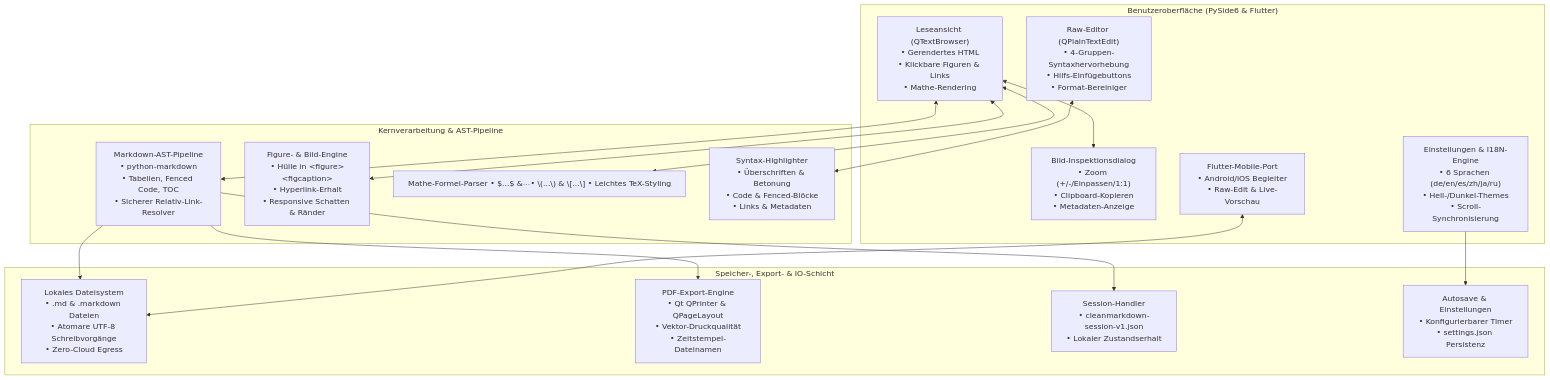
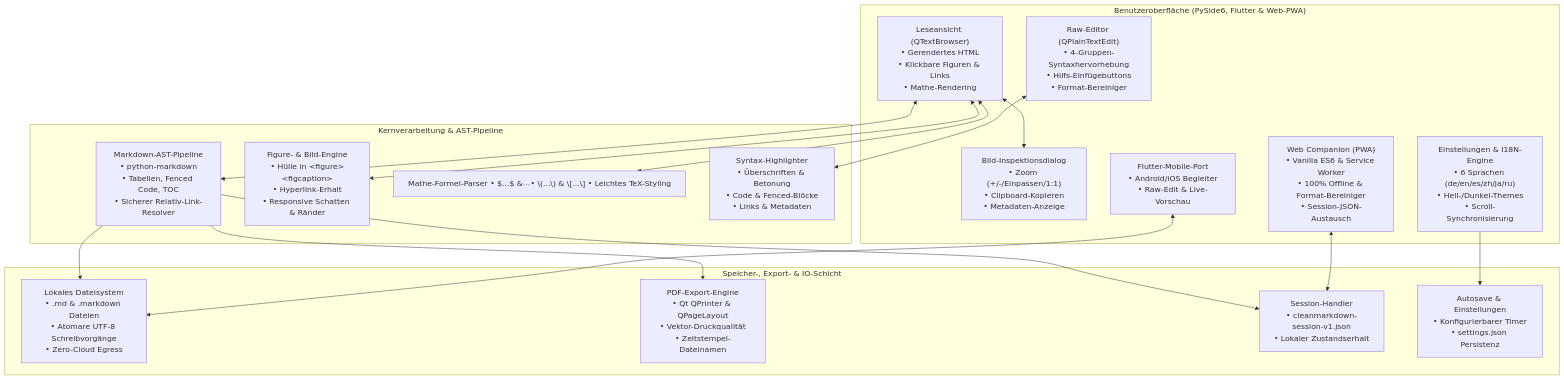
One commit to doc-bricks/CleanMarkdown changed the first of 2 diagrams in README_DE.md. Above: the diagram before and after it, drawn with Mermaid. The commit also changed other lines of this file and 8 other files, not shown here.

Commit message:
feat(marketing): PWA web companion integration, 20 topics saturation, Level 1 SBOM and NOTICE attribution

````diff
--- a/README_DE.md
+++ b/README_DE.md
@@ -82,35 +83,37 @@
 ```mermaid
 flowchart TD
-    subgraph UI ["Benutzeroberfläche (PySide6 & Flutter)"]
+    subgraph UI ["Benutzeroberfläche (PySide6, Flutter & Web-PWA)"]
         A1["Leseansicht (QTextBrowser)<br/>• Gerendertes HTML<br/>• Klickbare Figuren & Links<br/>• Mathe-Rendering"]
         A2["Raw-Editor (QPlainTextEdit)<br/>• 4-Gruppen-Syntaxhervorhebung<br/>• Hilfs-Einfügebuttons<br/>• Format-Bereiniger"]
         A3["Bild-Inspektionsdialog<br/>• Zoom (+/-/Einpassen/1:1)<br/>• Clipboard-Kopieren<br/>• Metadaten-Anzeige"]
         A4["Einstellungen & I18N-Engine<br/>• 6 Sprachen (de/en/es/zh/ja/ru)<br/>• Hell-/Dunkel-Themes<br/>• Scroll-Synchronisierung"]
         A5["Flutter-Mobile-Port<br/>• Android/iOS Begleiter<br/>• Raw-Edit & Live-Vorschau"]
+        A6["Web Companion (PWA)<br/>• Vanilla ES6 &amp; Service Worker<br/>• 100% Offline &amp; Format-Bereiniger<br/>• Session-JSON-Austausch"]
     end
 
     subgraph CORE ["Kernverarbeitung & AST-Pipeline"]
         B1["Markdown-AST-Pipeline<br/>• python-markdown<br/>• Tabellen, Fenced Code, TOC<br/>• Sicherer Relativ-Link-Resolver"]
         B2["Figure- & Bild-Engine<br/>• Hülle in &lt;figure&gt;&lt;figcaption&gt;<br/>• Hyperlink-Erhalt<br/>• Responsive Schatten & Ränder"]
         B3["Mathe-Formel-Parser<br/>• $...$ &amp; $$...$$<br/>• \\(...\\) &amp; \\[...\\]<br/>• Leichtes TeX-Styling"]
         B4["Syntax-Highlighter<br/>• Überschriften &amp; Betonung<br/>• Code &amp; Fenced-Blöcke<br/>• Links &amp; Metadaten"]
     end
 
     subgraph STORAGE ["Speicher-, Export- & IO-Schicht"]
         C1["Lokales Dateisystem<br/>• .md &amp; .markdown Dateien<br/>• Atomare UTF-8 Schreibvorgänge<br/>• Zero-Cloud Egress"]
         C2["PDF-Export-Engine<br/>• Qt QPrinter &amp; QPageLayout<br/>• Vektor-Druckqualität<br/>• Zeitstempel-Dateinamen"]
         C3["Session-Handler<br/>• cleanmarkdown-session-v1.json<br/>• Lokaler Zustandserhalt"]
         C4["Autosave & Einstellungen<br/>• Konfigurierbarer Timer<br/>• settings.json Persistenz"]
     end
 
     A1 <--> B1
     A2 <--> B4
     A1 <--> A3
     A1 <--> B2
     A1 <--> B3
     B1 --> C1
     B1 --> C2
     B1 --> C3
     A4 --> C4
     A5 <--> C1
+    A6 <--> C3
 ```
````
